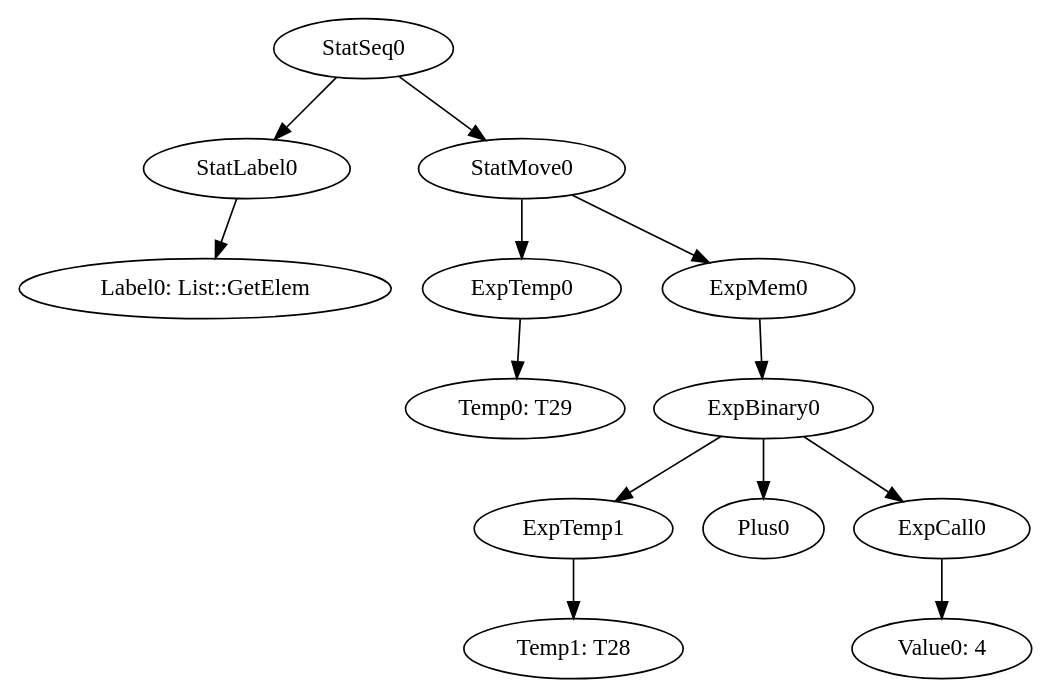
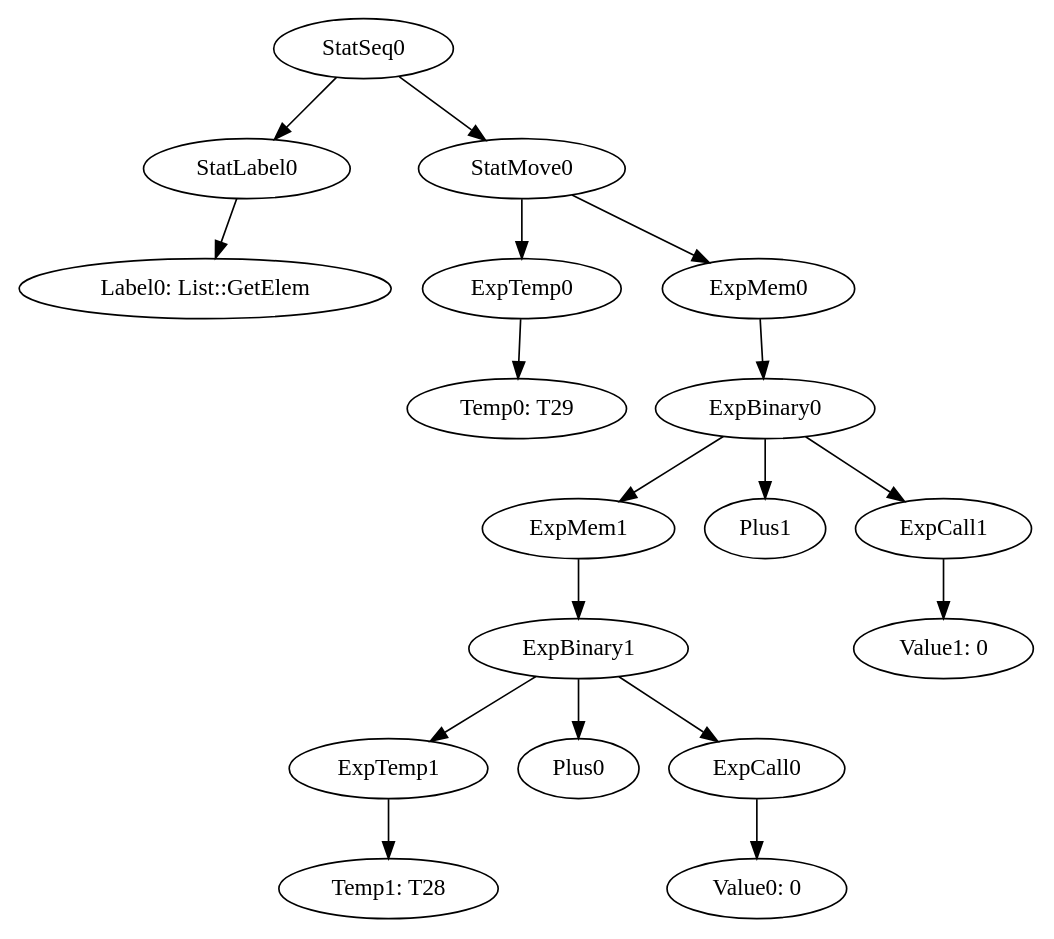
Before and after one commit to team-compilers/compilers: the diagram in MiniJava/results/SamplesCorrect/LinkedList/irt_List::GetElem.gv, drawn with Graphviz. The commit also changed 168 other files, not shown here.

```diff
--- a/MiniJava/results/SamplesCorrect/LinkedList/irt_List::GetElem.gv
+++ b/MiniJava/results/SamplesCorrect/LinkedList/irt_List::GetElem.gv
@@ -1,15 +1,20 @@
 digraph {
 	ordering = out;
-	ExpMem0 -> ExpBinary0;
-	ExpCall0 -> "Value0: 4";
-	ExpTemp1 -> "Temp1: T28";
-	StatLabel0 -> "Label0: List::GetElem";
+	StatMove0 -> ExpTemp0;
+	StatMove0 -> ExpMem0;
+	ExpBinary0 -> ExpMem1;
+	ExpBinary0 -> Plus1;
+	ExpBinary0 -> ExpCall1;
+	ExpCall1 -> "Value1: 0";
+	ExpTemp0 -> "Temp0: T29";
 	StatSeq0 -> StatLabel0;
 	StatSeq0 -> StatMove0;
-	ExpTemp0 -> "Temp0: T29";
-	ExpBinary0 -> ExpTemp1;
-	ExpBinary0 -> Plus0;
-	ExpBinary0 -> ExpCall0;
-	StatMove0 -> ExpTemp0;
-	StatMove0 -> ExpMem0;
+	StatLabel0 -> "Label0: List::GetElem";
+	ExpTemp1 -> "Temp1: T28";
+	ExpMem0 -> ExpBinary0;
+	ExpBinary1 -> ExpTemp1;
+	ExpBinary1 -> Plus0;
+	ExpBinary1 -> ExpCall0;
+	ExpCall0 -> "Value0: 0";
+	ExpMem1 -> ExpBinary1;
 }
```
